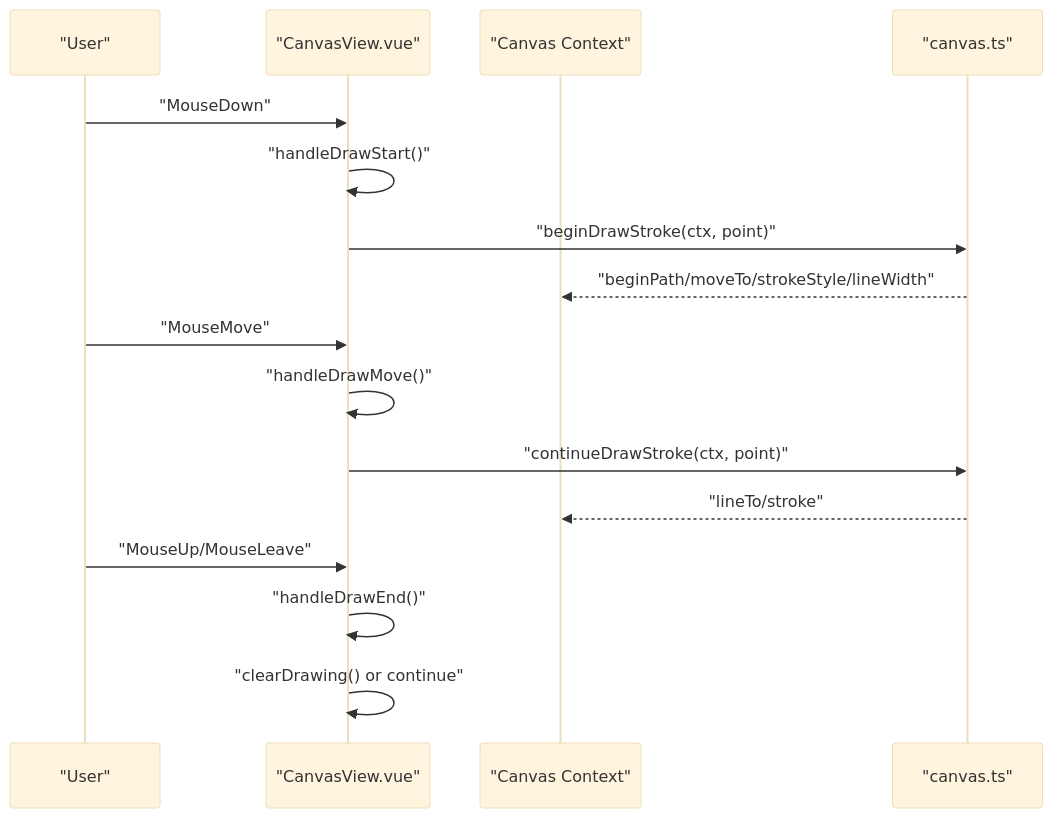
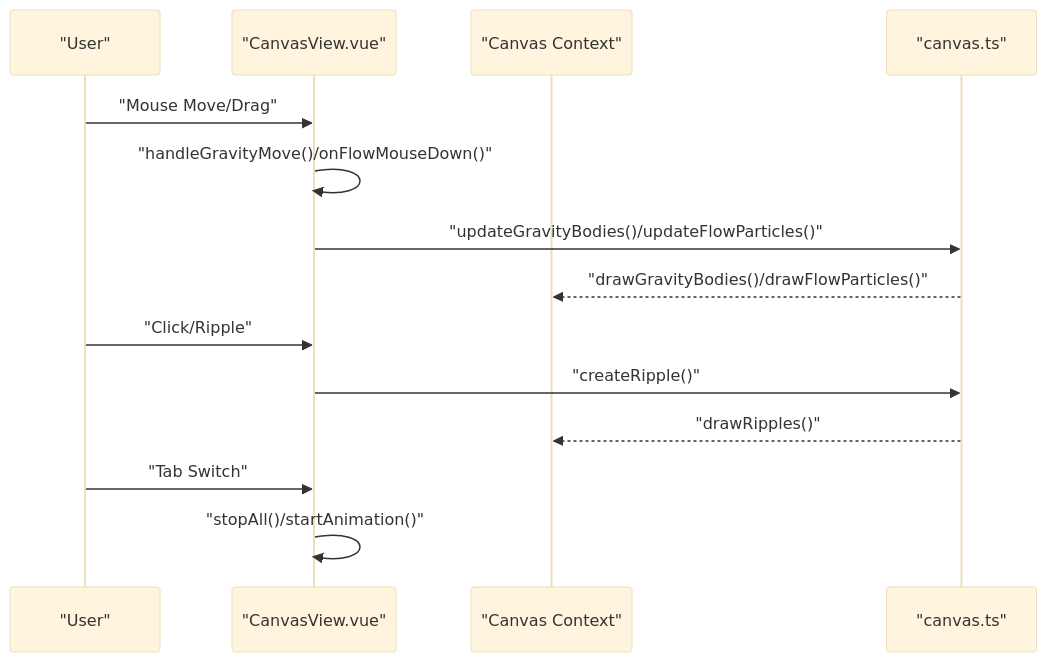
One commit to adminfyy/adminfyy.github.io changed the fourth of 9 diagrams in .qoder/repowiki/en/content/Interactive Applications/Interactive Applications.md. Above: the diagram before and after it, drawn with Mermaid (base theme). The commit also changed other lines of this file and 34 other files, not shown here.

````diff
--- a/.qoder/repowiki/en/content/Interactive Applications/Interactive Applications.md
+++ b/.qoder/repowiki/en/content/Interactive Applications/Interactive Applications.md
@@ -191,18 +242,16 @@
 ```mermaid
 sequenceDiagram
 participant User as "User"
 participant View as "CanvasView.vue"
 participant Ctx as "Canvas Context"
 participant Utils as "canvas.ts"
-User->>View : "MouseDown"
-View->>View : "handleDrawStart()"
-View->>Utils : "beginDrawStroke(ctx, point)"
-Utils-->>Ctx : "beginPath/moveTo/strokeStyle/lineWidth"
-User->>View : "MouseMove"
-View->>View : "handleDrawMove()"
-View->>Utils : "continueDrawStroke(ctx, point)"
-Utils-->>Ctx : "lineTo/stroke"
-User->>View : "MouseUp/MouseLeave"
-View->>View : "handleDrawEnd()"
-View->>View : "clearDrawing() or continue"
+User->>View : "Mouse Move/Drag"
+View->>View : "handleGravityMove()/onFlowMouseDown()"
+View->>Utils : "updateGravityBodies()/updateFlowParticles()"
+Utils-->>Ctx : "drawGravityBodies()/drawFlowParticles()"
+User->>View : "Click/Ripple"
+View->>Utils : "createRipple()"
+Utils-->>Ctx : "drawRipples()"
+User->>View : "Tab Switch"
+View->>View : "stopAll()/startAnimation()"
 ```
````
